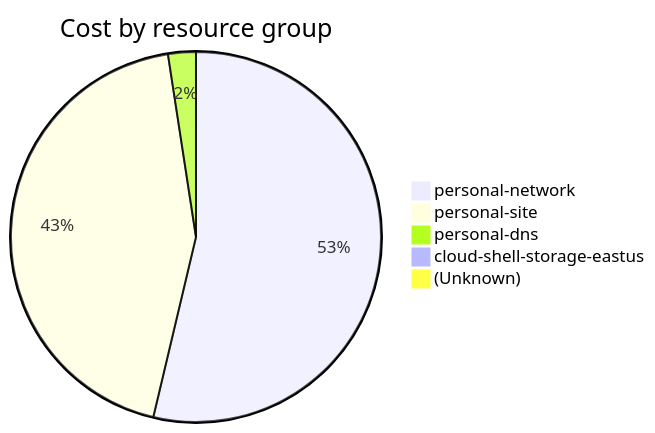
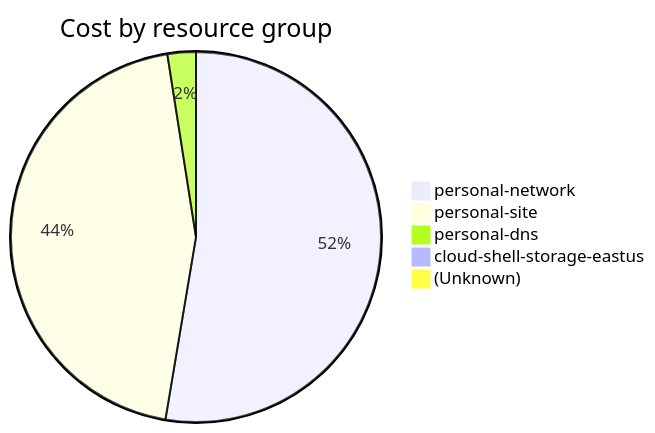
Before and after one commit to jpfulton/azure-personal-reports: the fourth of 4 diagrams in cost-reports/accumulated-cost.md, drawn with Mermaid. The commit also changed other lines of this file and 4 other files, not shown here.

````diff
--- a/cost-reports/accumulated-cost.md
+++ b/cost-reports/accumulated-cost.md
@@ -155,9 +155,9 @@
 ```mermaid
 pie
    title Cost by resource group
    "personal-network" : 15.94
-   "personal-site" : 13.02
-   "personal-dns" : 0.72
-   "cloud-shell-storage-eastus" : 0.21
+   "personal-site" : 13.59
+   "personal-dns" : 0.75
+   "cloud-shell-storage-eastus" : 0.22
    "(Unknown)" : 0.10
 ```
````
